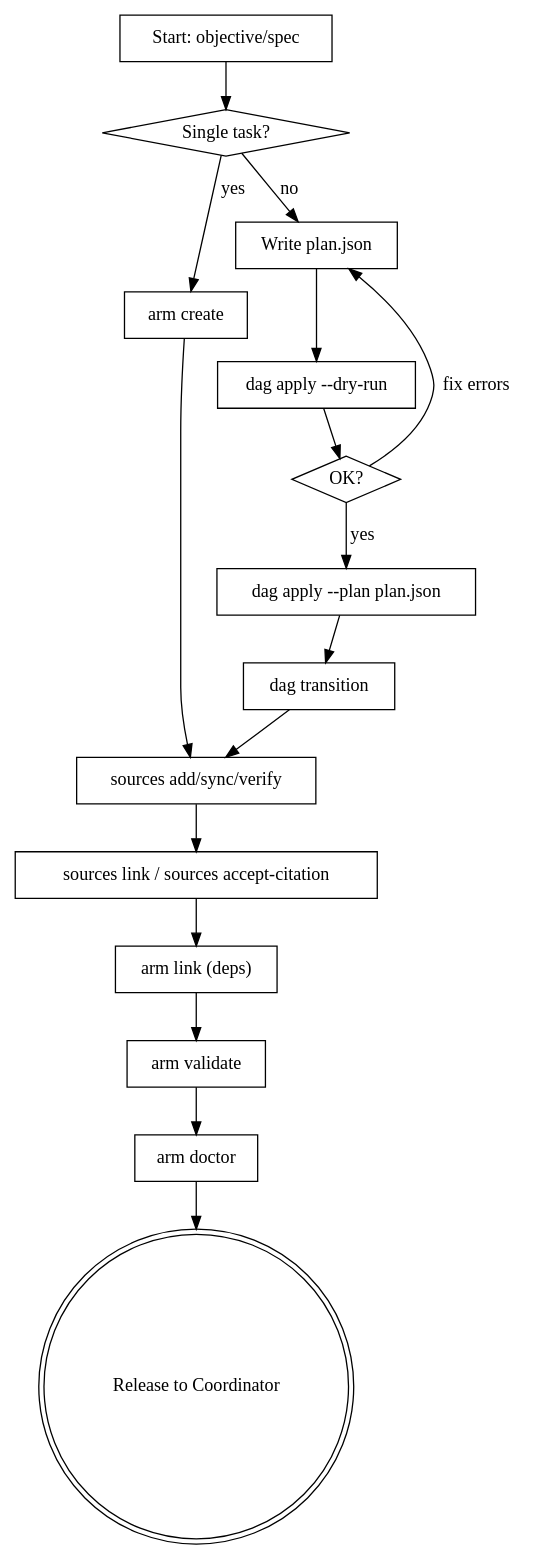
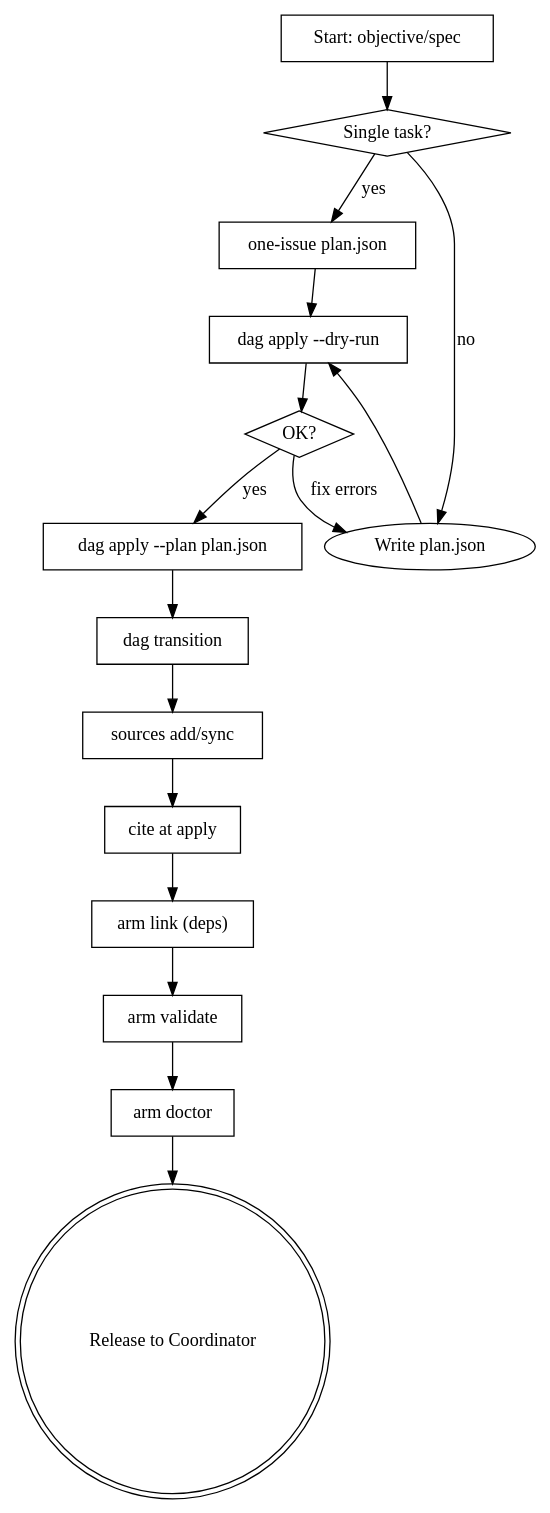
The diagram in internal/skillsembed/skills/armature-planner/SKILL.md (scullxbones/armature), drawn with Graphviz before and after one commit. The commit also changed other lines of this file and 16 other files, not shown here.

````diff
--- a/internal/skillsembed/skills/armature-planner/SKILL.md
+++ b/internal/skillsembed/skills/armature-planner/SKILL.md
@@ -44,34 +44,33 @@
 ```dot
 digraph planner_loop {
     "Start: objective/spec" [shape=box];
     "Single task?" [shape=diamond];
-    "arm create" [shape=box];
-    "Write plan.json" [shape=box];
+    "one-issue plan.json" [shape=box];
     "dag apply --dry-run" [shape=box];
     "OK?" [shape=diamond];
     "dag apply --plan plan.json" [shape=box];
     "dag transition" [shape=box];
-    "sources add/sync/verify" [shape=box];
-    "sources link / sources accept-citation" [shape=box];
+    "sources add/sync" [shape=box];
+    "cite at apply" [shape=box];
     "arm link (deps)" [shape=box];
     "arm validate" [shape=box];
     "arm doctor" [shape=box];
     "Release to Coordinator" [shape=doublecircle];
 
     "Start: objective/spec" -> "Single task?";
-    "Single task?" -> "arm create" [label="yes"];
+    "Single task?" -> "one-issue plan.json" [label="yes"];
     "Single task?" -> "Write plan.json" [label="no"];
-    "arm create" -> "sources add/sync/verify";
+    "one-issue plan.json" -> "dag apply --dry-run";
     "Write plan.json" -> "dag apply --dry-run";
     "dag apply --dry-run" -> "OK?" ;
     "OK?" -> "Write plan.json" [label="fix errors"];
     "OK?" -> "dag apply --plan plan.json" [label="yes"];
     "dag apply --plan plan.json" -> "dag transition";
-    "dag transition" -> "sources add/sync/verify";
-    "sources add/sync/verify" -> "sources link / sources accept-citation";
-    "sources link / sources accept-citation" -> "arm link (deps)";
+    "dag transition" -> "sources add/sync";
+    "sources add/sync" -> "cite at apply";
+    "cite at apply" -> "arm link (deps)";
     "arm link (deps)" -> "arm validate";
     "arm validate" -> "arm doctor";
     "arm doctor" -> "Release to Coordinator";
 }
 ```
````
